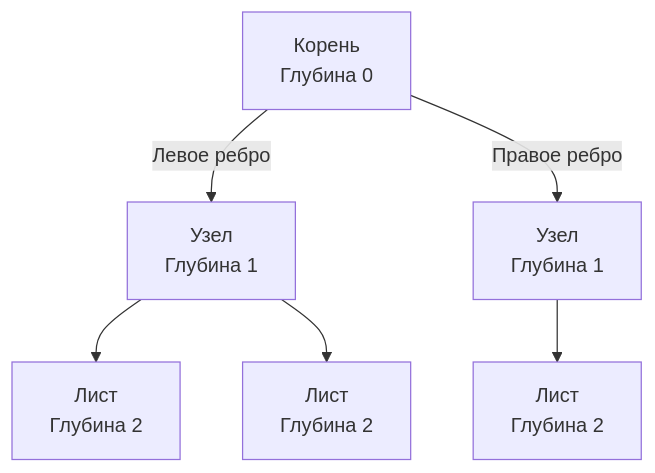
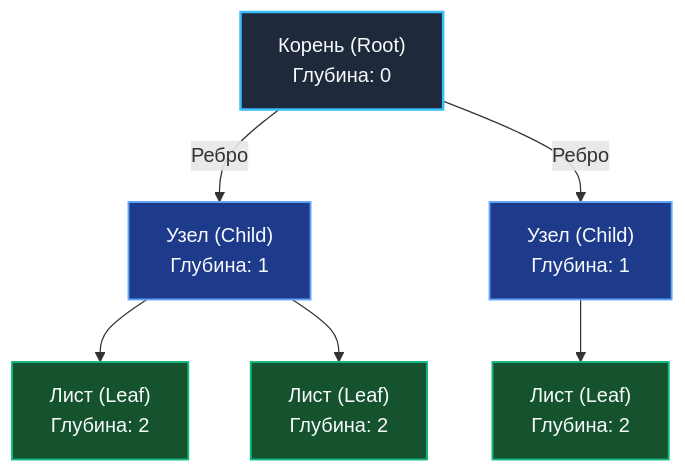
One commit to UnrealTemplier/go-textbook changed the first of 3 diagrams in sources/20. Алгоритмы и структуры данных (DSA) на Go/04. Деревья. Основы/1. Деревья и обходы.md. Above: the diagram before and after it, drawn with Mermaid. The commit also changed other lines of this file, not shown here.

````diff
--- a/sources/20. Алгоритмы и структуры данных (DSA) на Go/04. Деревья. Основы/1. Деревья и обходы.md
+++ b/sources/20. Алгоритмы и структуры данных (DSA) на Go/04. Деревья. Основы/1. Деревья и обходы.md
@@ -18,8 +19,17 @@
 ```mermaid
 flowchart TD
-    Root["Корень<br>Глубина 0"] -->|"Левое ребро"| L1["Узел<br>Глубина 1"]
-    Root -->|"Правое ребро"| R1["Узел<br>Глубина 1"]
-    L1 --> LL1["Лист<br>Глубина 2"]
-    L1 --> LR1["Лист<br>Глубина 2"]
-    R1 --> RL1["Лист<br>Глубина 2"]
+    Root["Корень (Root)<br/>Глубина: 0"] -->|"Ребро"| L1["Узел (Child)<br/>Глубина: 1"]
+    Root -->|"Ребро"| R1["Узел (Child)<br/>Глубина: 1"]
+
+    L1 --> LL1["Лист (Leaf)<br/>Глубина: 2"]
+    L1 --> LR1["Лист (Leaf)<br/>Глубина: 2"]
+    R1 --> RL1["Лист (Leaf)<br/>Глубина: 2"]
+
+    classDef rootNode fill:#1e293b,stroke:#38bdf8,stroke-width:2px,color:#f8fafc;
+    classDef innerNode fill:#1e3a8a,stroke:#60a5fa,stroke-width:1.5px,color:#f8fafc;
+    classDef leafNode fill:#14532d,stroke:#10b981,stroke-width:1.5px,color:#f8fafc;
+
+    class Root rootNode;
+    class L1,R1 innerNode;
+    class LL1,LR1,RL1 leafNode;
 ```
````
